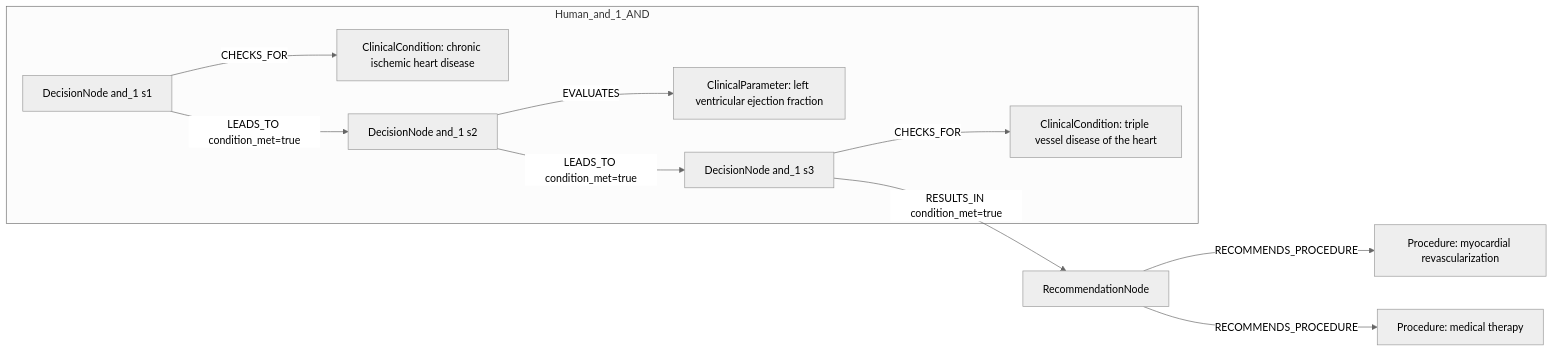
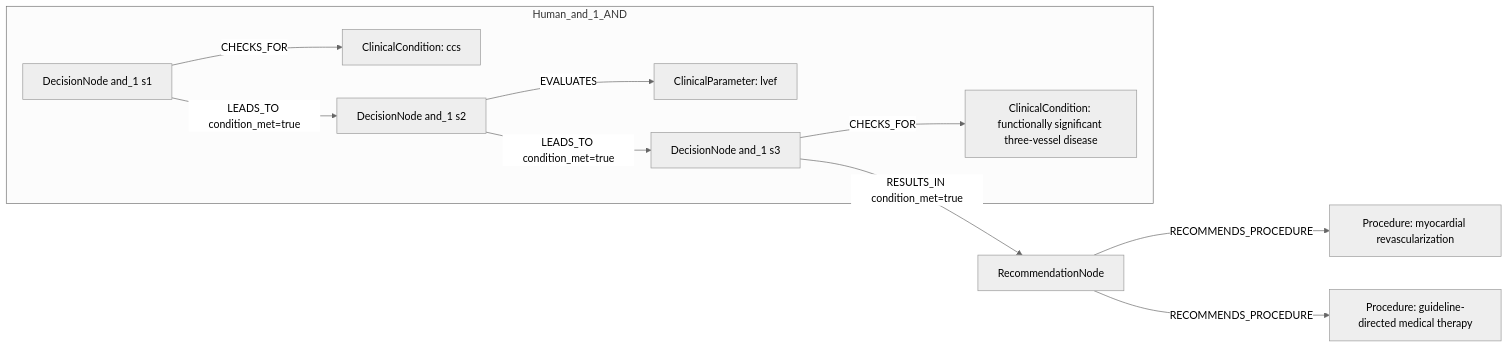
Before and after one commit to dieterich-lab/CardioGuidelinesGraph: the first of 2 diagrams in docs/table22_rows_comparison/row_07.md, drawn with Mermaid (neutral theme). The commit also changed other lines of this file and 20 other files, not shown here.

````diff
--- a/docs/table22_rows_comparison/row_07.md
+++ b/docs/table22_rows_comparison/row_07.md
@@ -196,22 +184,22 @@
 ```mermaid
 graph LR
   REC[RecommendationNode]
   ACT1[Procedure: myocardial revascularization]
   REC -->|RECOMMENDS_PROCEDURE| ACT1
-  ACT2[Procedure: medical therapy]
+  ACT2[Procedure: guideline-directed medical therapy]
   REC -->|RECOMMENDS_PROCEDURE| ACT2
   subgraph Human_and_1_AND
     D_and_1_1[DecisionNode and_1 s1]
-    C_and_1_1[ClinicalCondition: chronic ischemic heart disease]
+    C_and_1_1[ClinicalCondition: ccs]
     D_and_1_1 -->|CHECKS_FOR| C_and_1_1
     D_and_1_2[DecisionNode and_1 s2]
-    C_and_1_2[ClinicalParameter: left ventricular ejection fraction]
+    C_and_1_2[ClinicalParameter: lvef]
     D_and_1_2 -->|EVALUATES| C_and_1_2
     D_and_1_3[DecisionNode and_1 s3]
-    C_and_1_3[ClinicalCondition: triple vessel disease of the heart]
+    C_and_1_3[ClinicalCondition: functionally significant three-vessel disease]
     D_and_1_3 -->|CHECKS_FOR| C_and_1_3
     D_and_1_1 -->|LEADS_TO condition_met=true| D_and_1_2
     D_and_1_2 -->|LEADS_TO condition_met=true| D_and_1_3
   end
   D_and_1_3 -->|RESULTS_IN condition_met=true| REC
 ```
````
